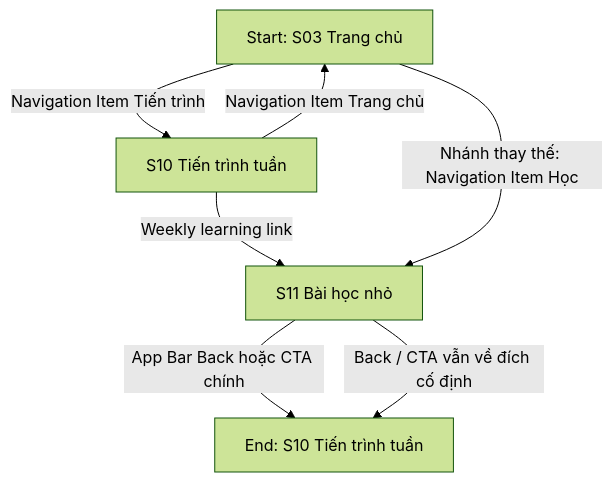
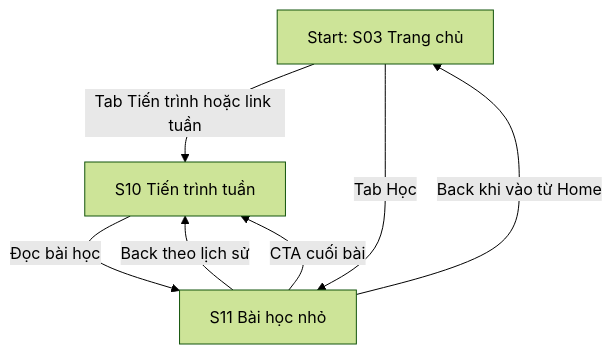
Before and after one commit to kenji-cmyk/lab2_prm: the third of 3 diagrams in ux/user-flow.md, drawn with Mermaid (forest theme). The commit also changed other lines of this file and 49 other files, not shown here.

Commit message:
Fix Figma states, prototype flows and accessibility; document Codex workflow

````diff
--- a/ux/user-flow.md
+++ b/ux/user-flow.md
@@ -97,9 +100,9 @@
 ```mermaid
 flowchart TD
-  A[Start: S03 Trang chủ] -->|Navigation Item Tiến trình| B[S10 Tiến trình tuần]
-  B -->|Weekly learning link| C[S11 Bài học nhỏ]
-  C -->|App Bar Back hoặc CTA chính| D[End: S10 Tiến trình tuần]
-  A -->|Nhánh thay thế: Navigation Item Học| C
-  C -->|Back / CTA vẫn về đích cố định| D
-  B -->|Navigation Item Trang chủ| A
+  A[Start: S03 Trang chủ] -->|Tab Tiến trình hoặc link tuần| B[S10 Tiến trình tuần]
+  B -->|Đọc bài học| C[S11 Bài học nhỏ]
+  C -->|Back theo lịch sử| B
+  C -->|CTA cuối bài| B
+  A -->|Tab Học| C
+  C -->|Back khi vào từ Home| A
 ```
````
